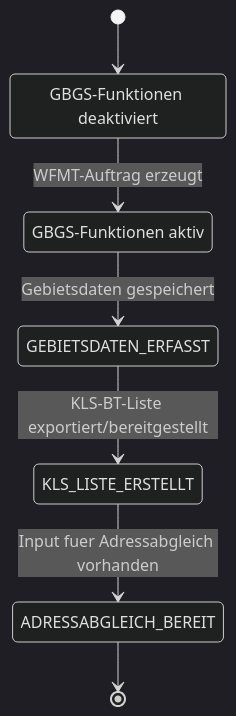
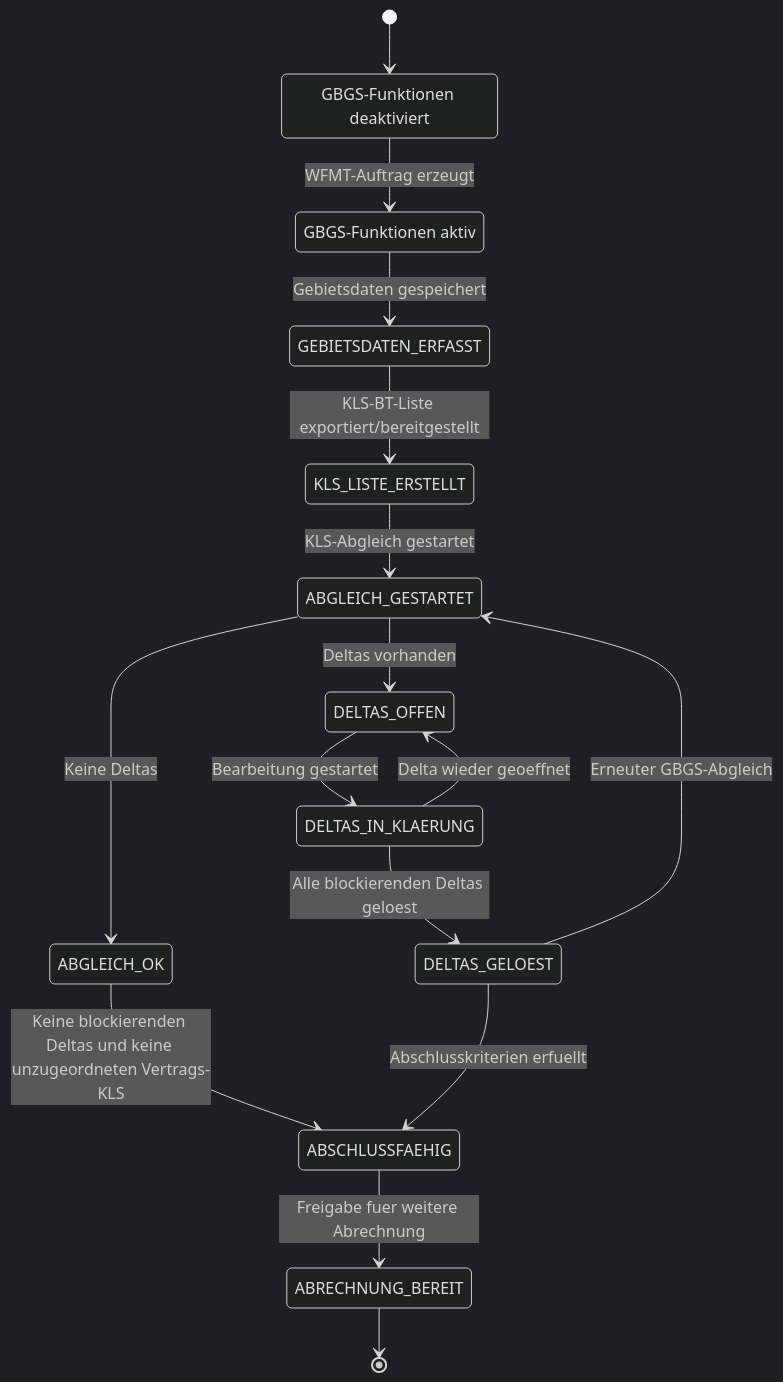
The diagram in gbgs-mock/uml-diagramme/13-9-statusmodell.md (bergmantb/wbv_bemo), drawn with Mermaid (dark theme) before and after one commit. The commit also changed 16 other files, not shown here.

Commit message:
Expand GBGS KLS delta reconciliation design

````diff
--- a/gbgs-mock/uml-diagramme/13-9-statusmodell.md
+++ b/gbgs-mock/uml-diagramme/13-9-statusmodell.md
@@ -5,11 +5,20 @@
 ```mermaid
 stateDiagram-v2
   [*] --> WFMT_FEHLT
   WFMT_FEHLT: GBGS-Funktionen deaktiviert
   WFMT_FEHLT --> WFMT_ERZEUGT: WFMT-Auftrag erzeugt
   WFMT_ERZEUGT: GBGS-Funktionen aktiv
   WFMT_ERZEUGT --> GEBIETSDATEN_ERFASST: Gebietsdaten gespeichert
   GEBIETSDATEN_ERFASST --> KLS_LISTE_ERSTELLT: KLS-BT-Liste exportiert/bereitgestellt
-  KLS_LISTE_ERSTELLT --> ADRESSABGLEICH_BEREIT: Input fuer Adressabgleich vorhanden
-  ADRESSABGLEICH_BEREIT --> [*]
+  KLS_LISTE_ERSTELLT --> ABGLEICH_GESTARTET: KLS-Abgleich gestartet
+  ABGLEICH_GESTARTET --> DELTAS_OFFEN: Deltas vorhanden
+  ABGLEICH_GESTARTET --> ABGLEICH_OK: Keine Deltas
+  DELTAS_OFFEN --> DELTAS_IN_KLAERUNG: Bearbeitung gestartet
+  DELTAS_IN_KLAERUNG --> DELTAS_OFFEN: Delta wieder geoeffnet
+  DELTAS_IN_KLAERUNG --> DELTAS_GELOEST: Alle blockierenden Deltas geloest
+  DELTAS_GELOEST --> ABGLEICH_GESTARTET: Erneuter GBGS-Abgleich
+  ABGLEICH_OK --> ABSCHLUSSFAEHIG: Keine blockierenden Deltas und keine unzugeordneten Vertrags-KLS
+  DELTAS_GELOEST --> ABSCHLUSSFAEHIG: Abschlusskriterien erfuellt
+  ABSCHLUSSFAEHIG --> ABRECHNUNG_BEREIT: Freigabe fuer weitere Abrechnung
+  ABRECHNUNG_BEREIT --> [*]
 ```
````
